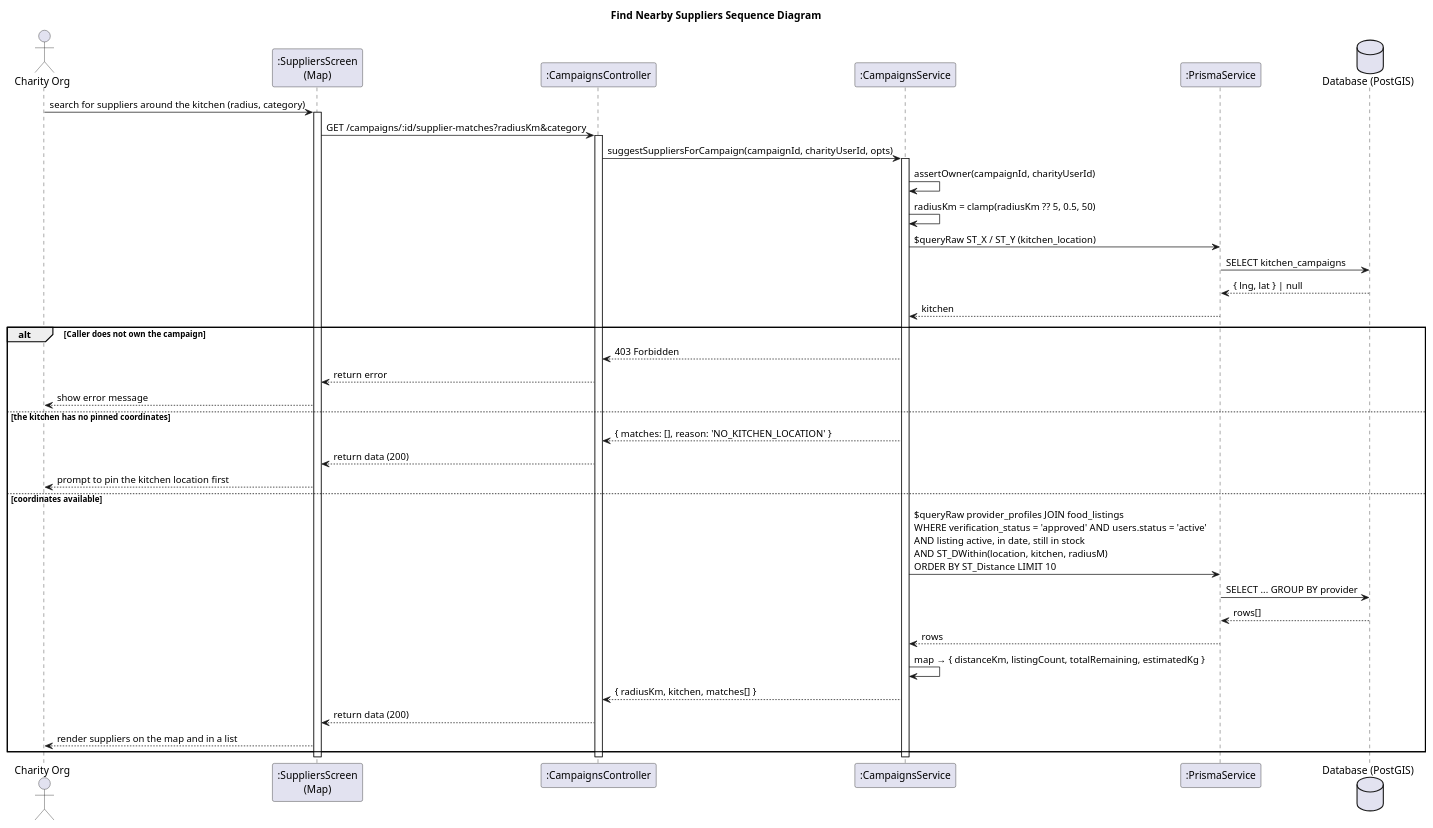
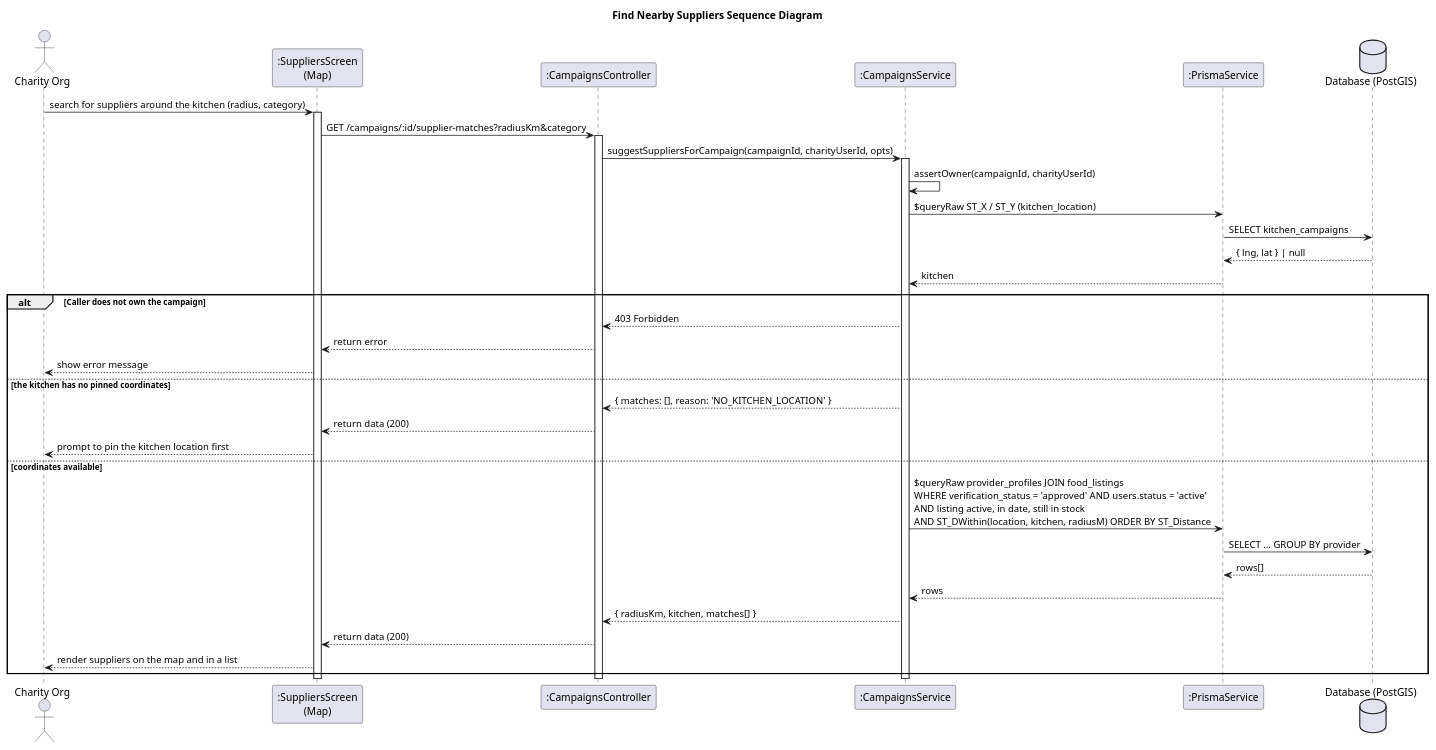
One commit to trimikey/Capstone_FoodResQ_Web changed the first of 8 diagrams in docs/diagrams/seq-campaign-supply.puml. Above: the diagram before and after it, drawn with PlantUML. The commit also changed other lines of this file and 23 other files, not shown here.

First line of the commit message:
docs(diagrams): cap nhat sequence + class diagram theo code hien tai, bo chu thich

```diff
--- a/docs/diagrams/seq-campaign-supply.puml
+++ b/docs/diagrams/seq-campaign-supply.puml
@@ -10,44 +1,42 @@
 @startuml seq-campaign-find-suppliers
 title Find Nearby Suppliers Sequence Diagram
 
 actor "Charity Org" as User
 participant ":SuppliersScreen\n(Map)" as Screen
 participant ":CampaignsController" as Ctrl
 participant ":CampaignsService" as Svc
 participant ":PrismaService" as Repo
 database "Database (PostGIS)" as DB
 
 User -> Screen : search for suppliers around the kitchen (radius, category)
 activate Screen
 Screen -> Ctrl : GET /campaigns/:id/supplier-matches?radiusKm&category
 activate Ctrl
 Ctrl -> Svc : suggestSuppliersForCampaign(campaignId, charityUserId, opts)
 activate Svc
 Svc -> Svc : assertOwner(campaignId, charityUserId)
-Svc -> Svc : radiusKm = clamp(radiusKm ?? 5, 0.5, 50)
 Svc -> Repo : $queryRaw ST_X / ST_Y (kitchen_location)
 Repo -> DB : SELECT kitchen_campaigns
 DB --> Repo : { lng, lat } | null
 Repo --> Svc : kitchen
 alt Caller does not own the campaign
   Svc --> Ctrl : 403 Forbidden
   Ctrl --> Screen : return error
   Screen --> User : show error message
 else the kitchen has no pinned coordinates
   Svc --> Ctrl : { matches: [], reason: 'NO_KITCHEN_LOCATION' }
   Ctrl --> Screen : return data (200)
   Screen --> User : prompt to pin the kitchen location first
 else coordinates available
-  Svc -> Repo : $queryRaw provider_profiles JOIN food_listings\nWHERE verification_status = 'approved' AND users.status = 'active'\nAND listing active, in date, still in stock\nAND ST_DWithin(location, kitchen, radiusM)\nORDER BY ST_Distance LIMIT 10
+  Svc -> Repo : $queryRaw provider_profiles JOIN food_listings\nWHERE verification_status = 'approved' AND users.status = 'active'\nAND listing active, in date, still in stock\nAND ST_DWithin(location, kitchen, radiusM) ORDER BY ST_Distance
   Repo -> DB : SELECT ... GROUP BY provider
   DB --> Repo : rows[]
   Repo --> Svc : rows
-  Svc -> Svc : map → { distanceKm, listingCount, totalRemaining, estimatedKg }
   Svc --> Ctrl : { radiusKm, kitchen, matches[] }
   Ctrl --> Screen : return data (200)
   Screen --> User : render suppliers on the map and in a list
 end
 deactivate Svc
 deactivate Ctrl
 deactivate Screen
 @enduml
```
